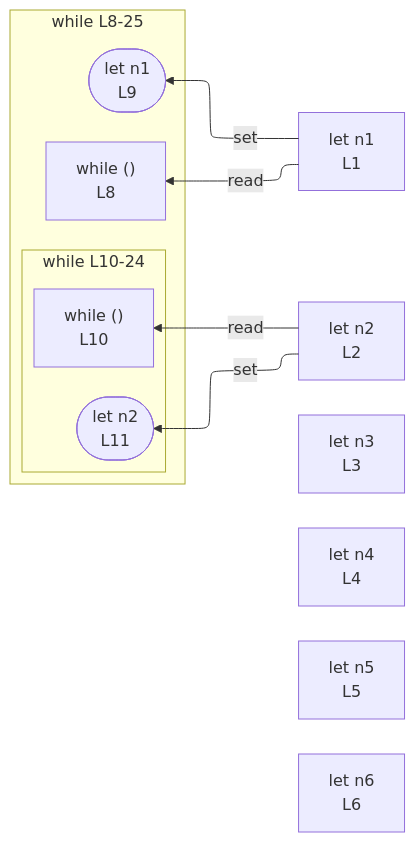
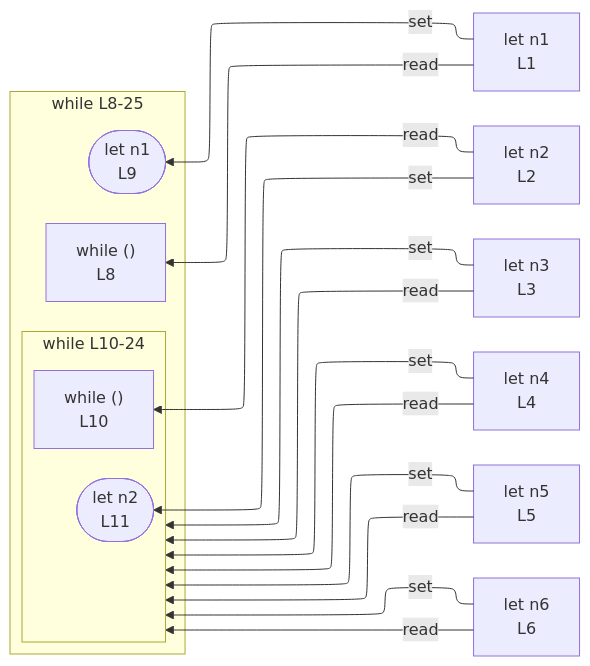
The diagram in integration/fixtures/app-behavior/depth/while/depth-2/preview.md (crescware/unsnarl), drawn with Mermaid before and after one commit. The commit also changed 63 other files, not shown here.

````diff
--- a/integration/fixtures/app-behavior/depth/while/depth-2/preview.md
+++ b/integration/fixtures/app-behavior/depth/while/depth-2/preview.md
@@ -35,24 +35,32 @@
 ```mermaid
 %%{init: {"flowchart": {"defaultRenderer": "elk"}}}%%
 flowchart RL
   n_scope_0_n1_4["let n1<br/>L1"]
   n_scope_0_n2_16["let n2<br/>L2"]
   n_scope_0_n3_28["let n3<br/>L3"]
   n_scope_0_n4_40["let n4<br/>L4"]
   n_scope_0_n5_52["let n5<br/>L5"]
   n_scope_0_n6_64["let n6<br/>L6"]
   subgraph s_scope_1["while L8-25"]
     direction RL
     while_test_scope_0_73["while ()<br/>L8"]
     wr_ref_7(["let n1<br/>L9"])
     subgraph s_scope_2["while L10-24"]
       direction RL
       while_test_scope_1_100["while ()<br/>L10"]
       wr_ref_9(["let n2<br/>L11"])
     end
   end
   n_scope_0_n1_4 -->|set| wr_ref_7
   n_scope_0_n2_16 -->|set| wr_ref_9
+  n_scope_0_n3_28 -->|set| s_scope_2
+  n_scope_0_n4_40 -->|set| s_scope_2
+  n_scope_0_n5_52 -->|set| s_scope_2
+  n_scope_0_n6_64 -->|set| s_scope_2
   n_scope_0_n1_4 -->|read| while_test_scope_0_73
   n_scope_0_n2_16 -->|read| while_test_scope_1_100
+  n_scope_0_n3_28 -->|read| s_scope_2
+  n_scope_0_n4_40 -->|read| s_scope_2
+  n_scope_0_n5_52 -->|read| s_scope_2
+  n_scope_0_n6_64 -->|read| s_scope_2
 ```
````
